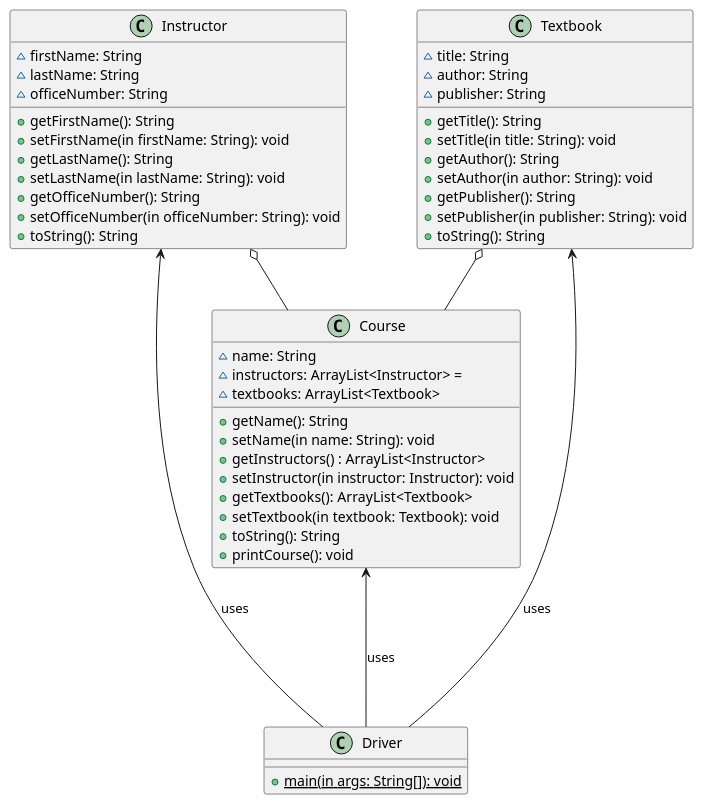
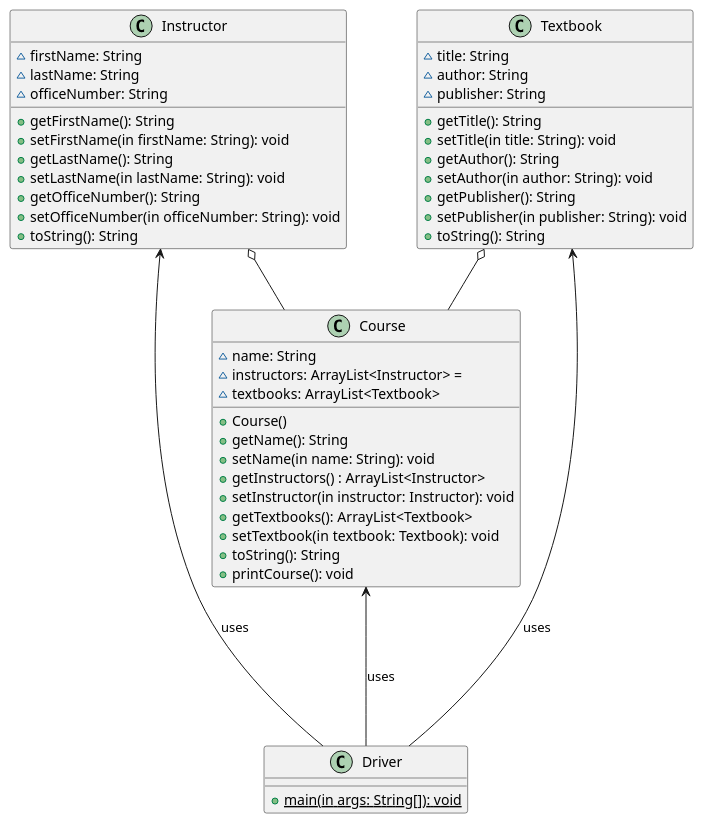
Before and after one commit to Simon-D-Nguyen/CS-4800HW3: the diagram in ClassDiagrams/Aggregation.puml, drawn with PlantUML.

Commit message:
Added constructor to Corse in Aggregation.puml

```diff
--- a/ClassDiagrams/Aggregation.puml
+++ b/ClassDiagrams/Aggregation.puml
@@ -1,61 +1,62 @@
 @startuml
 'https://plantuml.com/class-diagram
 
 class Instructor {
 ~ firstName: String
 ~ lastName: String
 ~ officeNumber: String
 
 + getFirstName(): String
 + setFirstName(in firstName: String): void
 + getLastName(): String
 + setLastName(in lastName: String): void
 + getOfficeNumber(): String
 + setOfficeNumber(in officeNumber: String): void
 + toString(): String
 }
 
 
 class Textbook {
 ~ title: String
 ~ author: String
 ~ publisher: String
 
 + getTitle(): String
 + setTitle(in title: String): void
 + getAuthor(): String
 + setAuthor(in author: String): void
 + getPublisher(): String
 + setPublisher(in publisher: String): void
 + toString(): String
 }
 
 
 class Course {
 ~ name: String
 ~ instructors: ArrayList<Instructor> =
 ~ textbooks: ArrayList<Textbook>
 
++ Course()
 + getName(): String
 + setName(in name: String): void
 + getInstructors() : ArrayList<Instructor>
 + setInstructor(in instructor: Instructor): void
 + getTextbooks(): ArrayList<Textbook>
 + setTextbook(in textbook: Textbook): void
 + toString(): String
 + printCourse(): void
 }
 
 Instructor o-- Course
 Textbook o-- Course
 
 class Driver {
 + {static} main(in args: String[]): void
 }
 
 Instructor <--- Driver: uses
 Textbook <--- Driver: uses
 Course <--- Driver: uses
 
 
 @enduml
```
